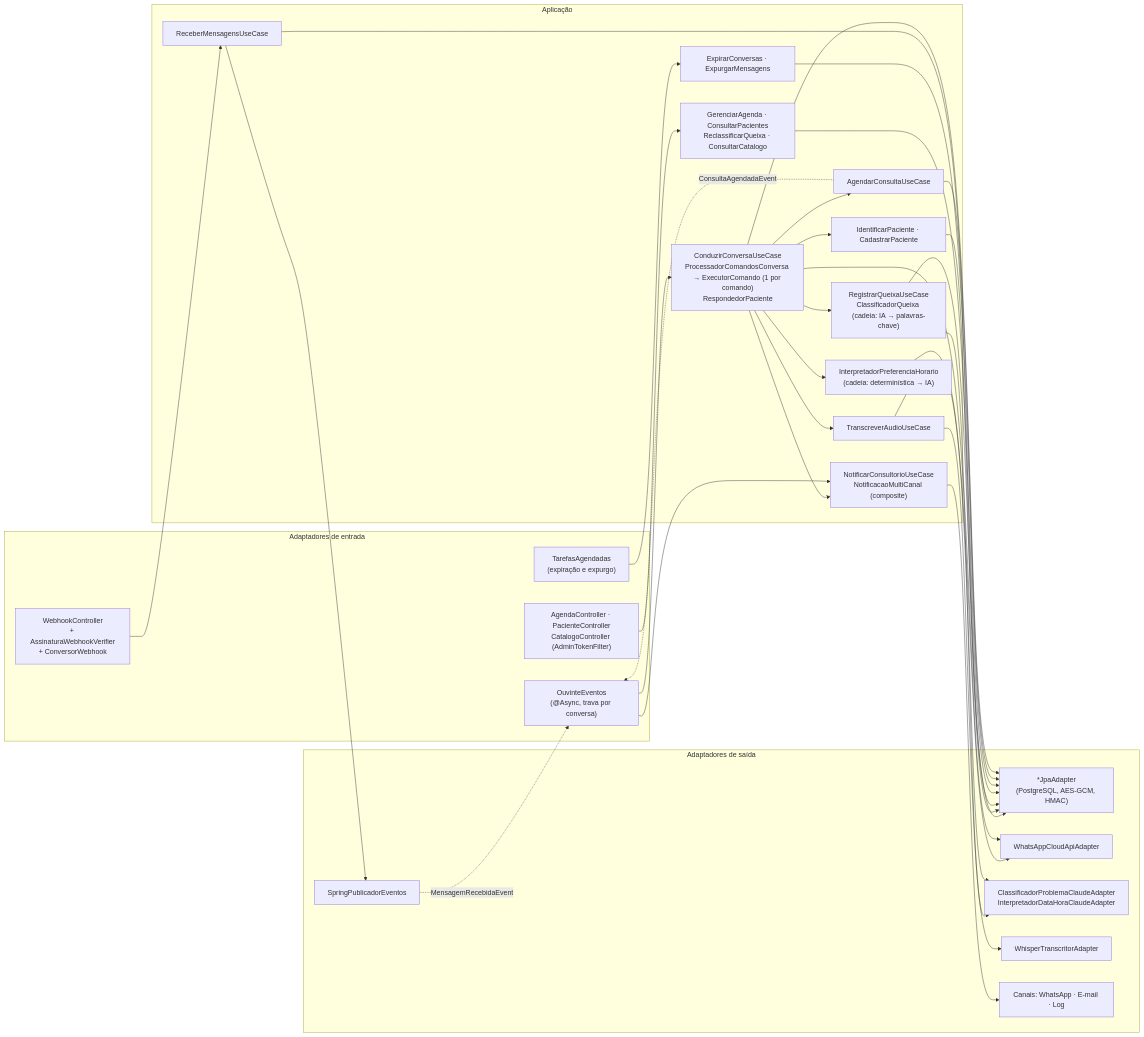
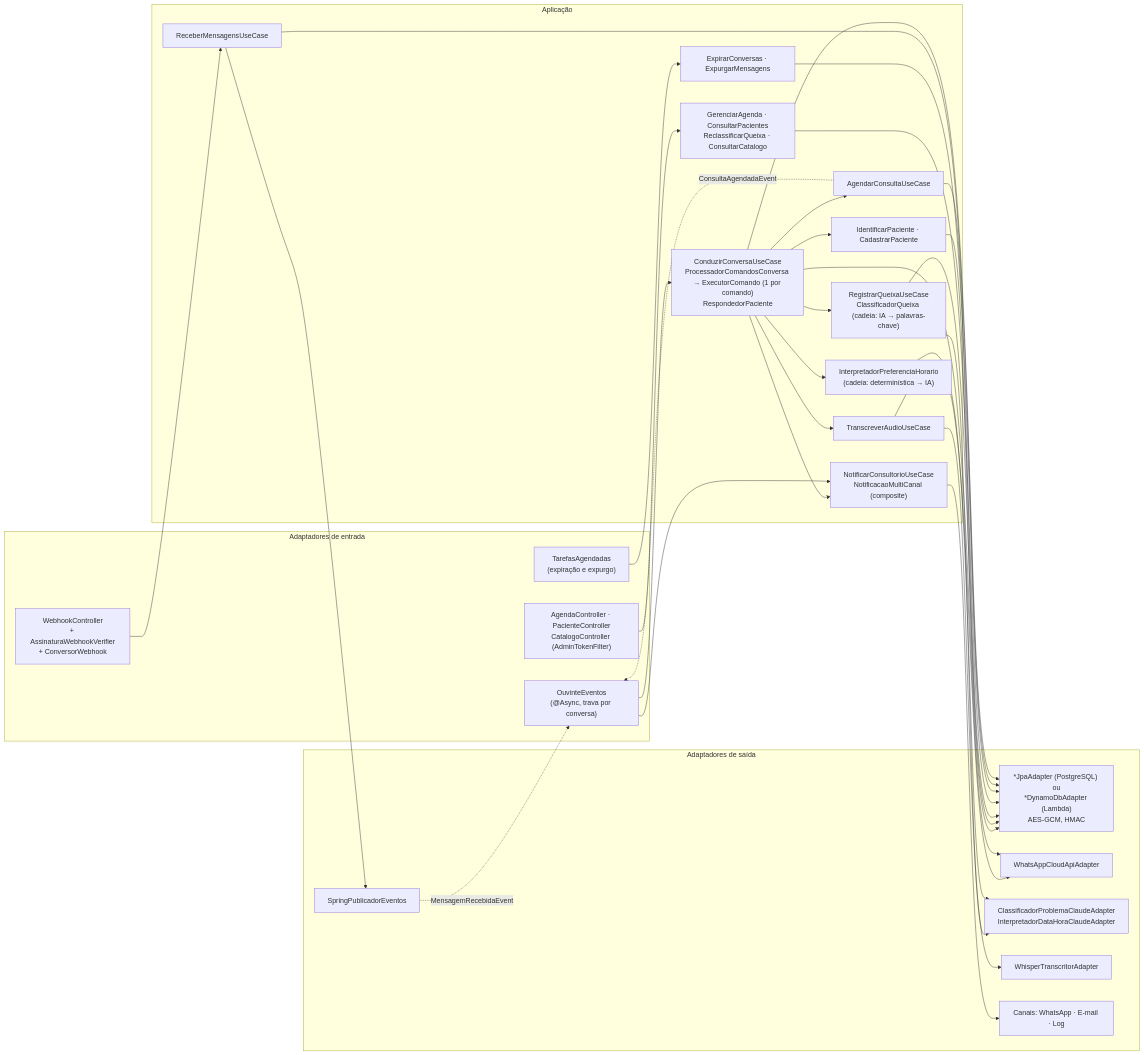
Before and after one commit to rafaelzucon/agent-whatsapp-odonto: the diagram in docs/diagramas/fonte/03-componentes.mmd, drawn with Mermaid. The commit also changed 46 other files, not shown here.

First line of the commit message:
Lambda de menor custo: DynamoDB sob demanda, Parameter Store e sem VPC/NAT

```diff
--- a/docs/diagramas/fonte/03-componentes.mmd
+++ b/docs/diagramas/fonte/03-componentes.mmd
@@ -1,43 +1,43 @@
 flowchart LR
     subgraph entrada["Adaptadores de entrada"]
         wh["WebhookController<br/>+ AssinaturaWebhookVerifier<br/>+ ConversorWebhook"]
         ouv["OuvinteEventos<br/>(@Async, trava por conversa)"]
         tar["TarefasAgendadas<br/>(expiração e expurgo)"]
         api["AgendaController · PacienteController<br/>CatalogoController (AdminTokenFilter)"]
     end
 
     subgraph app["Aplicação"]
         rec["ReceberMensagensUseCase"]
         cond["ConduzirConversaUseCase<br/>ProcessadorComandosConversa → ExecutorComando (1 por comando)<br/>RespondedorPaciente"]
         interp["InterpretadorPreferenciaHorario<br/>(cadeia: determinística → IA)"]
         ident["IdentificarPaciente · CadastrarPaciente"]
         queixa["RegistrarQueixaUseCase<br/>ClassificadorQueixa (cadeia: IA → palavras-chave)"]
         agendar["AgendarConsultaUseCase"]
         notif["NotificarConsultorioUseCase<br/>NotificacaoMultiCanal (composite)"]
         transc["TranscreverAudioUseCase"]
         adm["GerenciarAgenda · ConsultarPacientes<br/>ReclassificarQueixa · ConsultarCatalogo"]
         manut["ExpirarConversas · ExpurgarMensagens"]
     end
 
     subgraph saida["Adaptadores de saída"]
-        jpa["*JpaAdapter<br/>(PostgreSQL, AES-GCM, HMAC)"]
+        jpa["*JpaAdapter (PostgreSQL) ou<br/>*DynamoDbAdapter (Lambda)<br/>AES-GCM, HMAC"]
         wa["WhatsAppCloudApiAdapter"]
         ia["ClassificadorProblemaClaudeAdapter<br/>InterpretadorDataHoraClaudeAdapter"]
         wsp["WhisperTranscritorAdapter"]
         canais["Canais: WhatsApp · E-mail · Log"]
         pub["SpringPublicadorEventos"]
     end
 
     wh --> rec --> pub -.MensagemRecebidaEvento.-> ouv
     ouv --> cond
     cond --> ident & queixa & agendar & transc & notif
     agendar -.ConsultaAgendadaEvento.-> ouv
     ouv --> notif
     tar --> manut
     api --> adm
     queixa --> ia
     cond --> interp --> ia
     transc --> wa & wsp
     cond --> wa
     notif --> canais
     ident & queixa & agendar & adm & manut & rec & cond --> jpa
```
